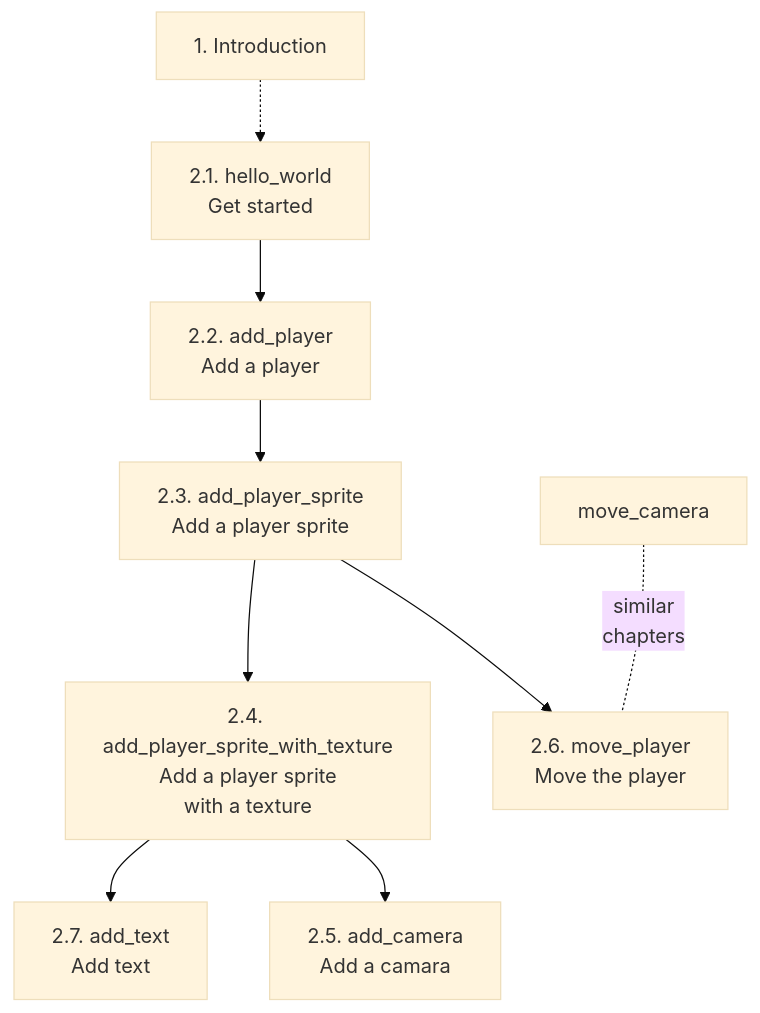
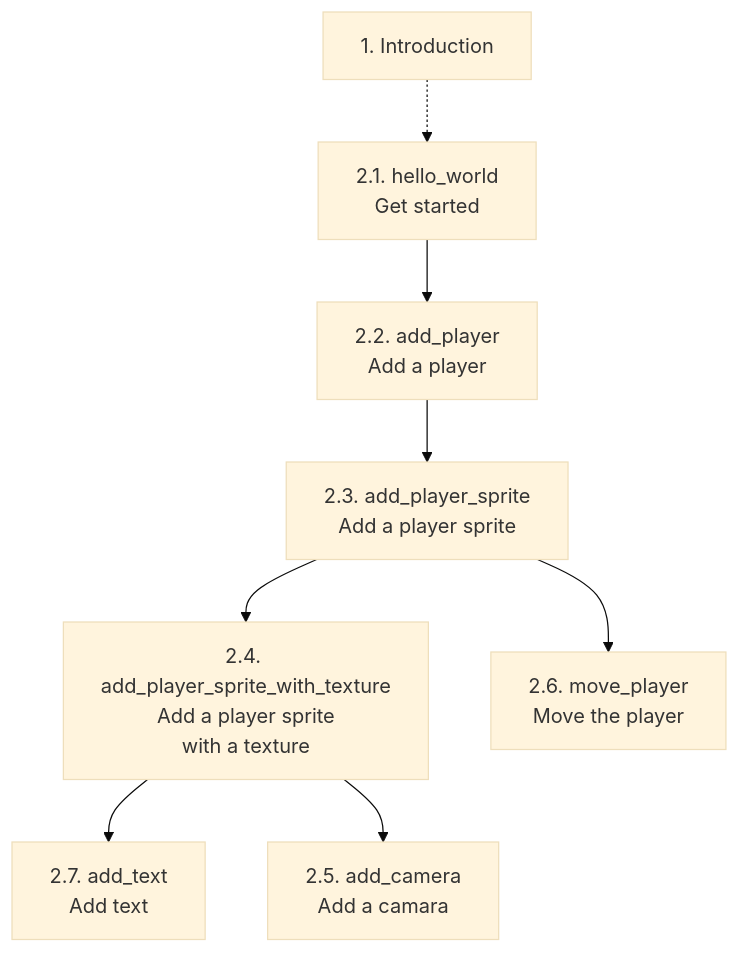
One commit to richelbilderbeek/bevy_tdd_book changed the first of 2 diagrams in README.md. Above: the diagram before and after it, drawn with Mermaid (base theme).

Commit message:
'move_camera' moved to appendix

````diff
--- a/README.md
+++ b/README.md
@@ -21,20 +21,19 @@
 ```mermaid
 flowchart TD
   introduction[1. Introduction]
   hello_world[2.1. hello_world\nGet started]
   add_player[2.2. add_player\nAdd a player]
   add_player_sprite[2.3. add_player_sprite\nAdd a player sprite]
   add_player_sprite_with_texture[2.4. add_player_sprite_with_texture\nAdd a player sprite\nwith a texture]
   add_camera[2.5. add_camera\nAdd a camara]
   move_player[2.6. move_player\nMove the player]
   add_text[2.7. add_text\nAdd text]
 
   introduction -.-> hello_world
   hello_world --> add_player
   add_player --> add_player_sprite
   add_player_sprite --> add_player_sprite_with_texture
   add_player_sprite_with_texture --> add_text
   add_player_sprite_with_texture --> add_camera
   add_player_sprite --> move_player
-  move_camera -.- |similar\nchapters| move_player
 ```
````
